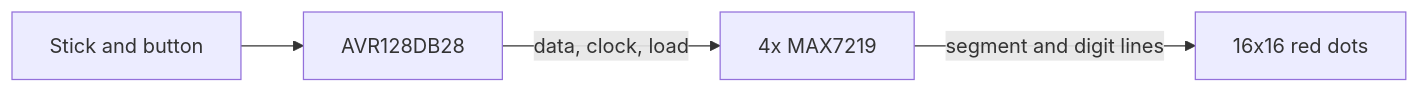
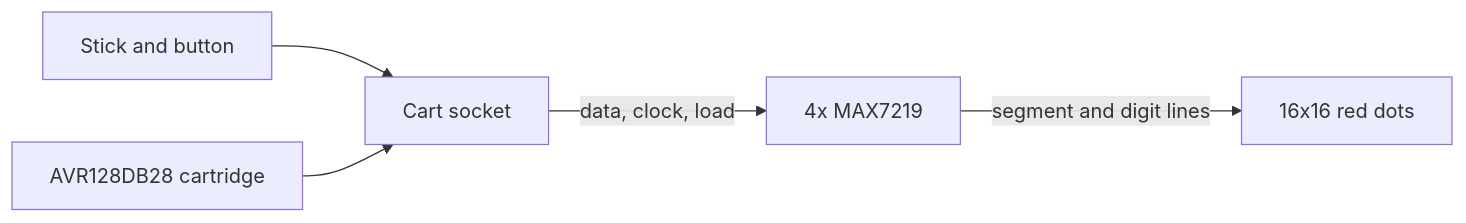
Before and after one commit to gustavostuff/maki-nita: the diagram in docs/hardware.md, drawn with Mermaid. The commit also changed other lines of this file and 18 other files, not shown here.

````diff
--- a/docs/hardware.md
+++ b/docs/hardware.md
@@ -9,6 +9,7 @@
 ```mermaid
 flowchart LR
-  controls[Stick and button] --> avr[AVR128DB28]
-  avr -->|data, clock, load| drivers[4x MAX7219]
+  controls[Stick and button] --> socket[Cart socket]
+  cart[AVR128DB28 cartridge] --> socket
+  socket -->|data, clock, load| drivers[4x MAX7219]
   drivers -->|segment and digit lines| leds[16x16 red dots]
 ```
````
